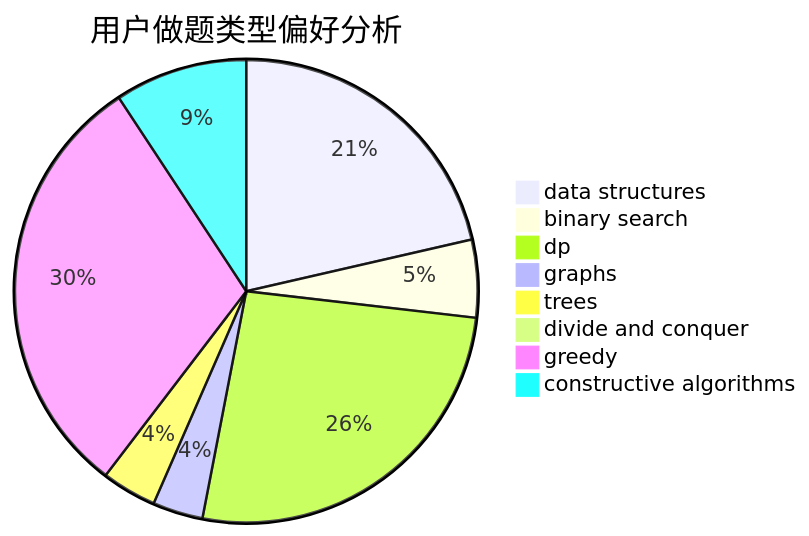
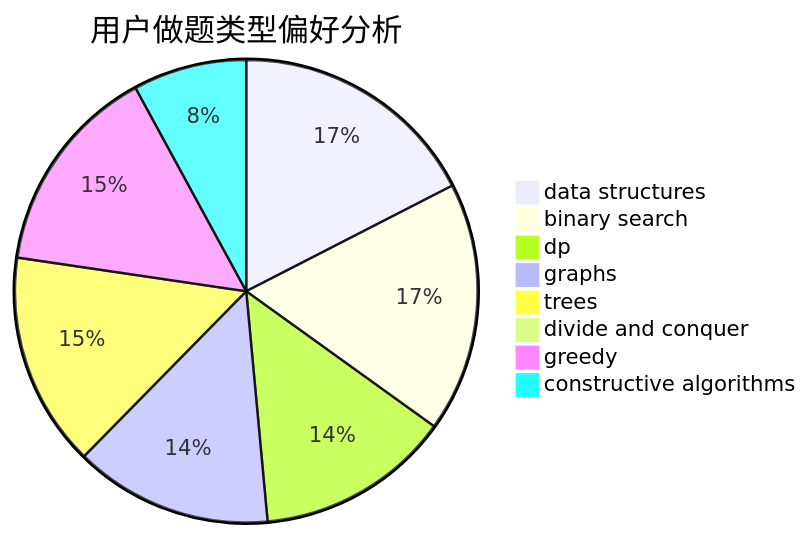
One commit to sherpahu/cfrs.github.io changed the second of 3 diagrams in docs/user/u1485.md. Above: the diagram before and after it, drawn with Mermaid. The commit also changed other lines of this file and 2770 other files, not shown here.

````diff
--- a/docs/user/u1485.md
+++ b/docs/user/u1485.md
@@ -23,11 +23,11 @@
 ```mermaid
 pie title 用户做题类型偏好分析
-    "data structures" :  67
-    "binary search" :  17
-    "dp" :  82
-    "graphs" :  11
-    "trees" :  12
-    "divide and conquer" :  0
-    "greedy" :  95
-    "constructive algorithms" :  29
+    "data structures" :  77
+    "binary search" :  77
+    "dp" :  60
+    "graphs" :  61
+    "trees" :  66
+    "divide and conquer" :  1
+    "greedy" :  65
+    "constructive algorithms" :  35
 ```
````
